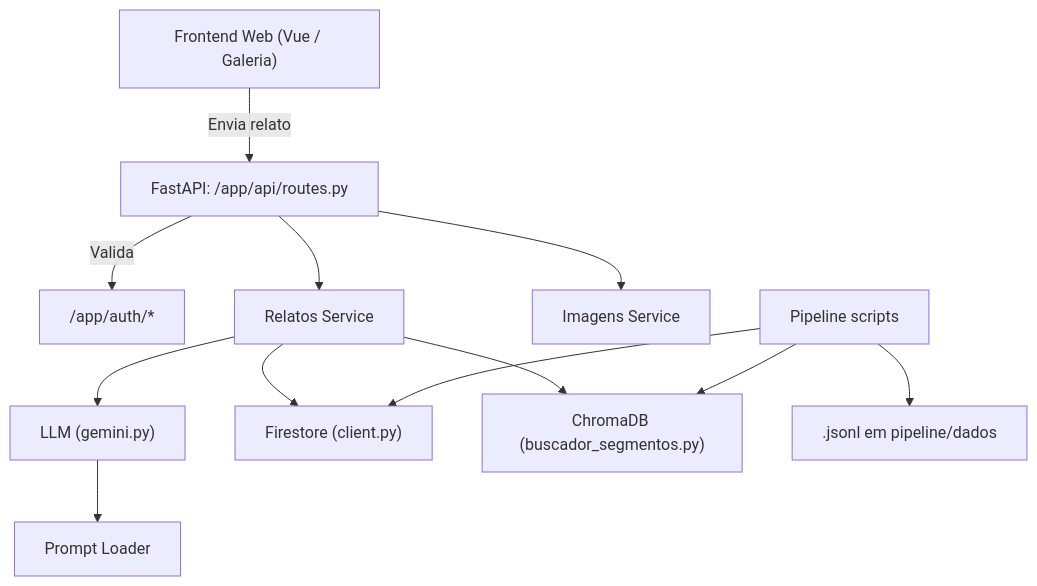
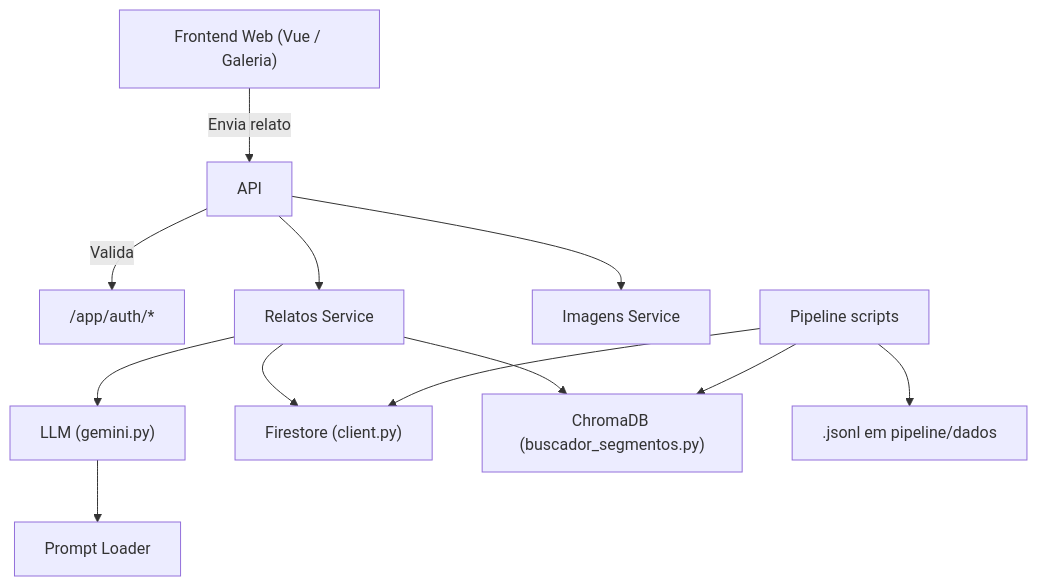
The diagram in docs/diagram.mmd (jeffersonlsz/dermasync-api), drawn with Mermaid before and after one commit. The commit also changed 1299 other files, not shown here.

Commit message:
Refactor: Consolidate auth and logging, fix Firestore collection, remove app/api

```diff
--- a/docs/diagram.mmd
+++ b/docs/diagram.mmd
@@ -1,24 +1,24 @@
 graph TD
     Frontend["Frontend Web (Vue / Galeria)"]
-    API["FastAPI: /app/api/routes.py"]
+    
     Auth["/app/auth/*"]
     RelatosService["Relatos Service"]
     ImagensService["Imagens Service"]
     LLMService["LLM (gemini.py)"]
     PromptLoader["Prompt Loader"]
     Firestore["Firestore (client.py)"]
     Chroma["ChromaDB (buscador_segmentos.py)"]
     Pipeline["Pipeline scripts"]
     Dados[".jsonl em pipeline/dados"]
 
     Frontend -->|Envia relato| API
     API -->|Valida| Auth
     API --> RelatosService
     API --> ImagensService
     RelatosService --> LLMService
     LLMService --> PromptLoader
     RelatosService --> Firestore
     RelatosService --> Chroma
     Pipeline --> Dados
     Pipeline --> Chroma
     Pipeline --> Firestore
```
